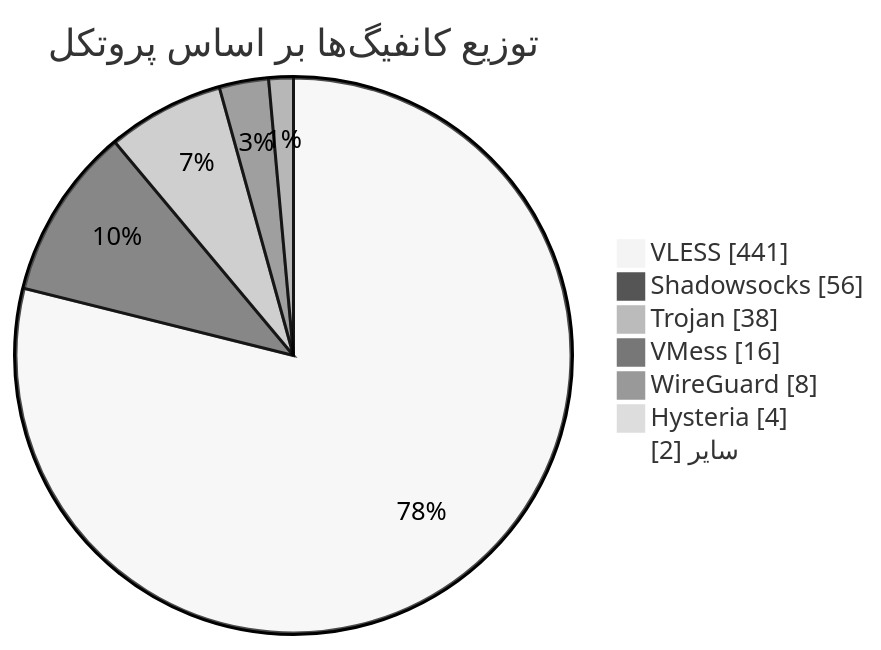
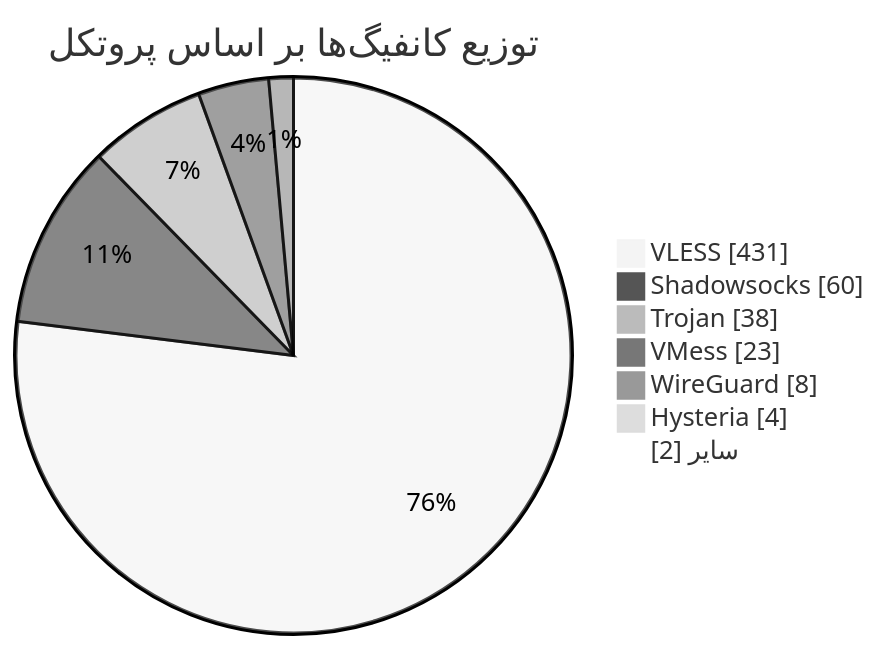
One commit to Arian-Alijani/Somthing changed the diagram in README.md. Above: the diagram before and after it, drawn with Mermaid (neutral theme). The commit also changed other lines of this file and 81 other files, not shown here.

````diff
--- a/README.md
+++ b/README.md
@@ -49,11 +49,11 @@
 ```mermaid
 pie showData
     title توزیع کانفیگ‌ها بر اساس پروتکل
-    "VLESS" : 441
-    "Shadowsocks" : 56
+    "VLESS" : 431
+    "Shadowsocks" : 60
     "Trojan" : 38
-    "VMess" : 16
+    "VMess" : 23
     "WireGuard" : 8
     "Hysteria" : 4
     "سایر" : 2
 ```
````
